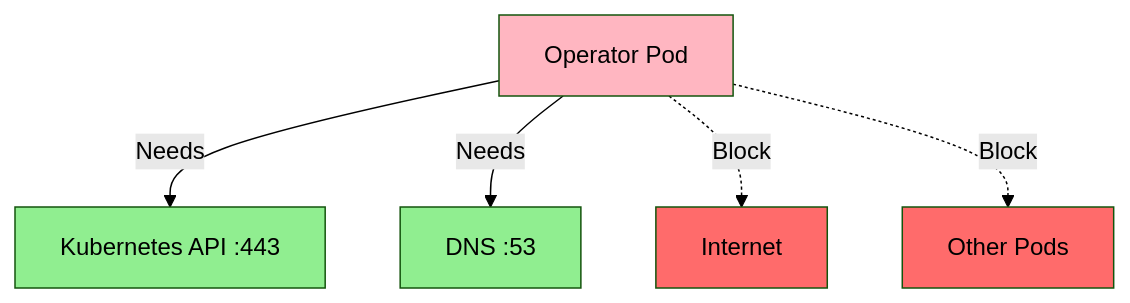
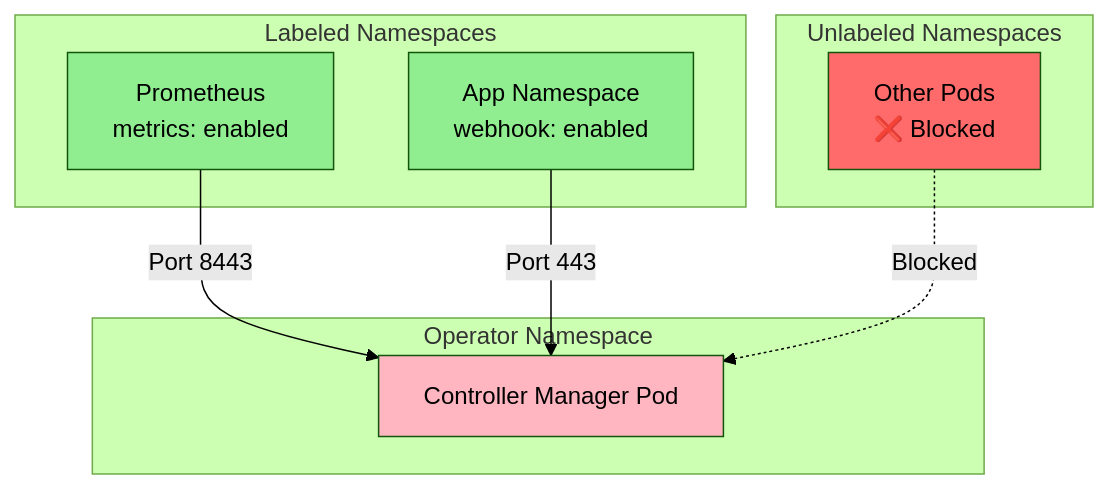
One commit to piyushjajoo/k8s-operators-course changed the fifth of 6 diagrams in module-07/lessons/02-rbac-security.md. Above: the diagram before and after it, drawn with Mermaid (forest theme). The commit also changed other lines of this file and 2 other files, not shown here.

````diff
--- a/module-07/lessons/02-rbac-security.md
+++ b/module-07/lessons/02-rbac-security.md
@@ -234,15 +252,24 @@
 ```mermaid
 graph TB
-    OPERATOR[Operator Pod]
+    subgraph "Operator Namespace"
+        OPERATOR[Controller Manager Pod]
+    end
     
-    OPERATOR -->|Needs| API[Kubernetes API :443]
-    OPERATOR -->|Needs| DNS[DNS :53]
-    OPERATOR -.->|Block| INTERNET[Internet]
-    OPERATOR -.->|Block| OTHER[Other Pods]
+    subgraph "Labeled Namespaces"
+        PROM[Prometheus<br/>metrics: enabled]
+        APP[App Namespace<br/>webhook: enabled]
+    end
+    
+    subgraph "Unlabeled Namespaces"
+        OTHER[Other Pods<br/>❌ Blocked]
+    end
+    
+    PROM -->|Port 8443| OPERATOR
+    APP -->|Port 443| OPERATOR
+    OTHER -.->|Blocked| OPERATOR
     
     style OPERATOR fill:#FFB6C1
-    style API fill:#90EE90
-    style DNS fill:#90EE90
-    style INTERNET fill:#FF6B6B
+    style PROM fill:#90EE90
+    style APP fill:#90EE90
     style OTHER fill:#FF6B6B
 ```
````
